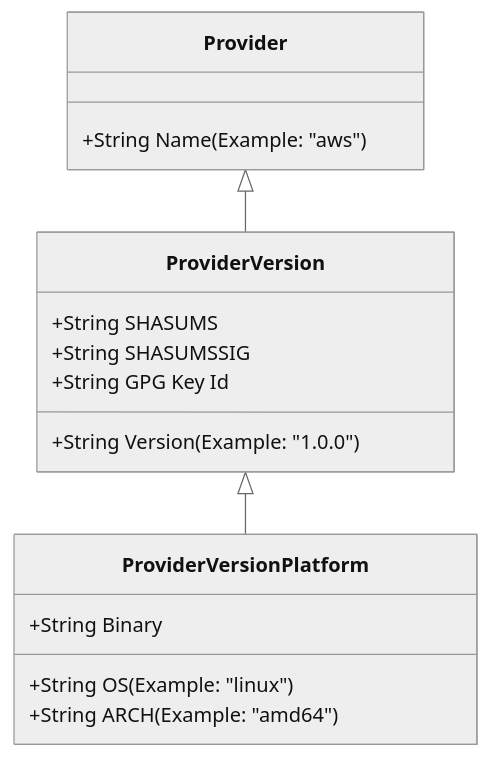
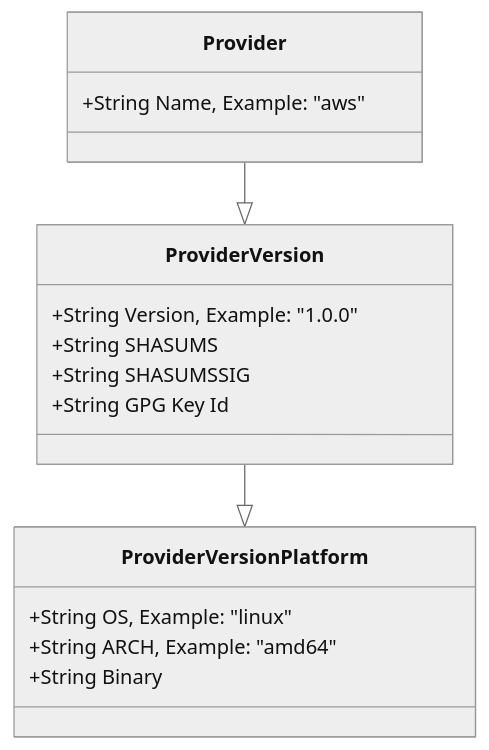
Before and after one commit to straubt1/tfx: the diagram in site/docs/commands/registry_provider.md, drawn with Mermaid (neutral theme). The commit also changed 2 other files, not shown here.

Commit message:
more changes

````diff
--- a/site/docs/commands/registry_provider.md
+++ b/site/docs/commands/registry_provider.md
@@ -10,19 +10,19 @@
 ``` mermaid
 classDiagram
-  Provider <|-- ProviderVersion
-  ProviderVersion <|-- ProviderVersionPlatform
+  Provider --|> ProviderVersion
+  ProviderVersion --|> ProviderVersionPlatform
   class Provider{
-    +String Name (Example: "aws")
+    +String Name, Example: "aws"
   }
   class ProviderVersion{
-    +String Version (Example: "1.0.0")
+    +String Version, Example: "1.0.0"
     +String SHASUMS
     +String SHASUMSSIG
     +String GPG Key Id
   }
   class ProviderVersionPlatform{
-    +String OS (Example: "linux")
-    +String ARCH (Example: "amd64")
+    +String OS, Example: "linux"
+    +String ARCH, Example: "amd64"
     +String Binary
   }
 ```
````
